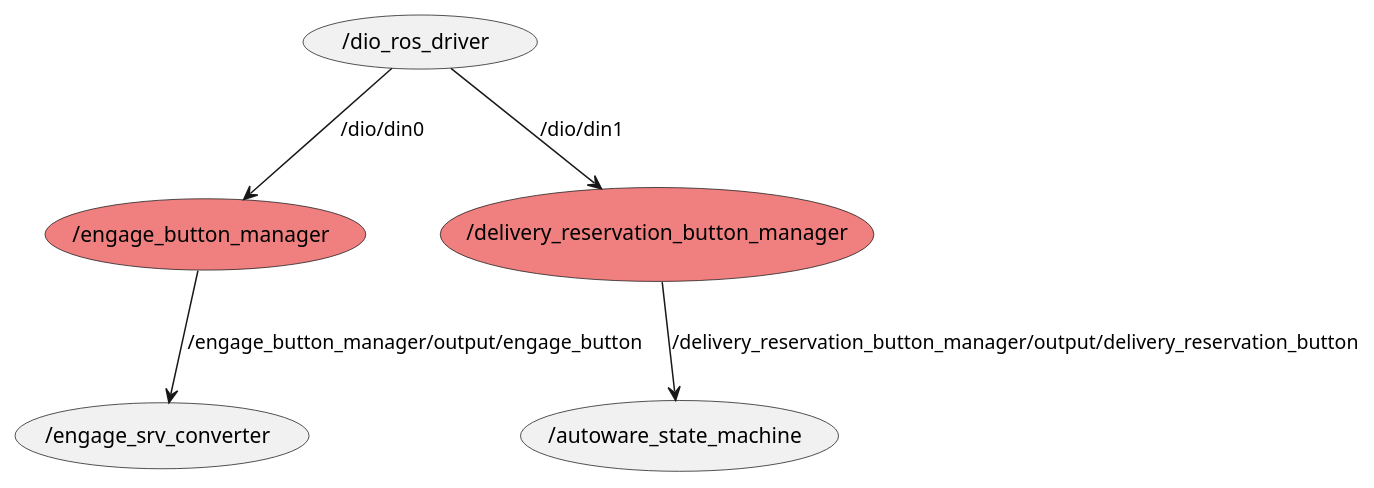
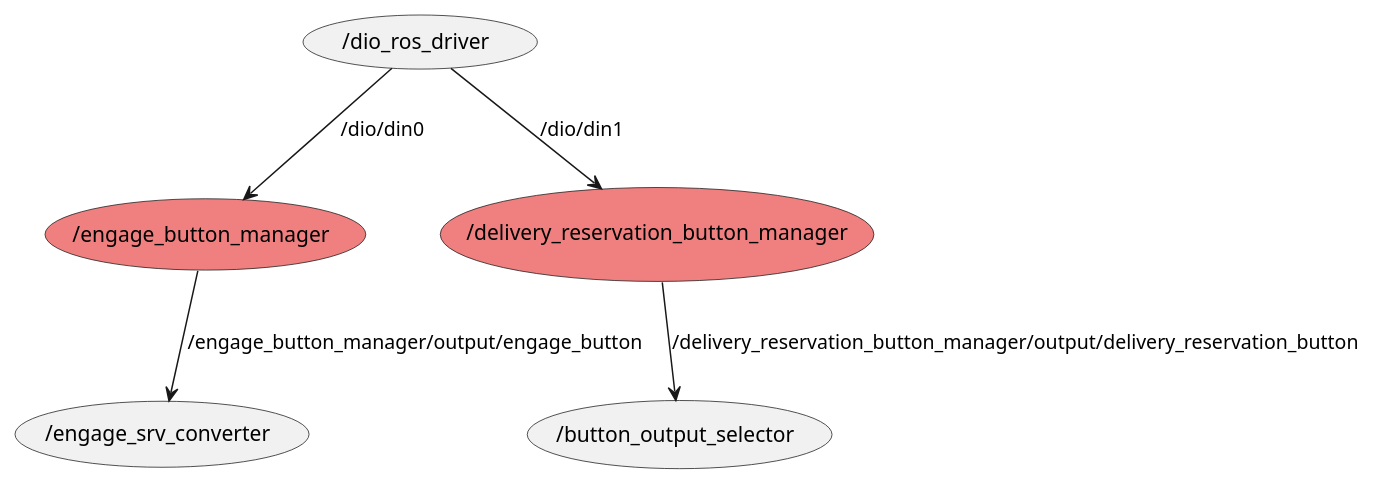
The diagram in docs/node_graph.pu (eve-autonomy/button_manager), drawn with PlantUML before and after one commit. The commit also changed 3 other files, not shown here.

```diff
--- a/docs/node_graph.pu
+++ b/docs/node_graph.pu
@@ -1,14 +1,14 @@
 @startuml
 
 usecase "/dio_ros_driver"
 usecase "/engage_button_manager" #LightCoral
 usecase "/delivery_reservation_button_manager" #LightCoral
 usecase "/engage_srv_converter"
-usecase "/autoware_state_machine"
+usecase "/button_output_selector"
 
 (/dio_ros_driver) --> (/engage_button_manager) : /dio/din0
 (/engage_button_manager) --> (/engage_srv_converter) : /engage_button_manager/output/engage_button
 (/dio_ros_driver) --> (/delivery_reservation_button_manager) : /dio/din1
-(/delivery_reservation_button_manager) --> (/autoware_state_machine) : /delivery_reservation_button_manager/output/delivery_reservation_button
+(/delivery_reservation_button_manager) --> (/button_output_selector) : /delivery_reservation_button_manager/output/delivery_reservation_button
 
 @enduml
```
